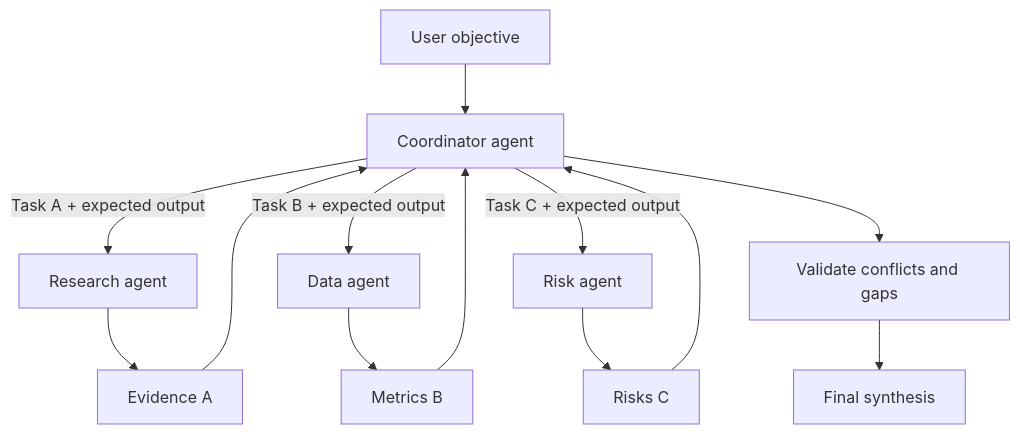
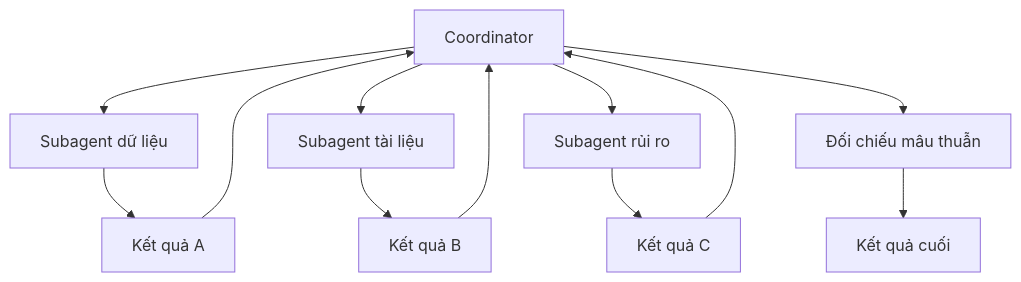
The eighth of 12 diagrams in OPENAI_AGENTS_GUIDE_VI.md (huynv-xyz/vhm), drawn with Mermaid before and after one commit. The commit also changed other lines of this file, not shown here.

````diff
--- a/OPENAI_AGENTS_GUIDE_VI.md
+++ b/OPENAI_AGENTS_GUIDE_VI.md
@@ -394,15 +316,14 @@
 ```mermaid
 flowchart TB
-    U[User objective] --> C[Coordinator agent]
-    C -->|Task A + expected output| A[Research agent]
-    C -->|Task B + expected output| B[Data agent]
-    C -->|Task C + expected output| D[Risk agent]
-    A --> RA[Evidence A]
-    B --> RB[Metrics B]
-    D --> RD[Risks C]
-    RA --> C
-    RB --> C
-    RD --> C
-    C --> V[Validate conflicts and gaps]
-    V --> O[Final synthesis]
+    ROOT[Coordinator] --> A[Subagent dữ liệu]
+    ROOT --> B[Subagent tài liệu]
+    ROOT --> C[Subagent rủi ro]
+    A --> RA[Kết quả A]
+    B --> RB[Kết quả B]
+    C --> RC[Kết quả C]
+    RA --> ROOT
+    RB --> ROOT
+    RC --> ROOT
+    ROOT --> V[Đối chiếu mâu thuẫn]
+    V --> F[Kết quả cuối]
 ```
````
